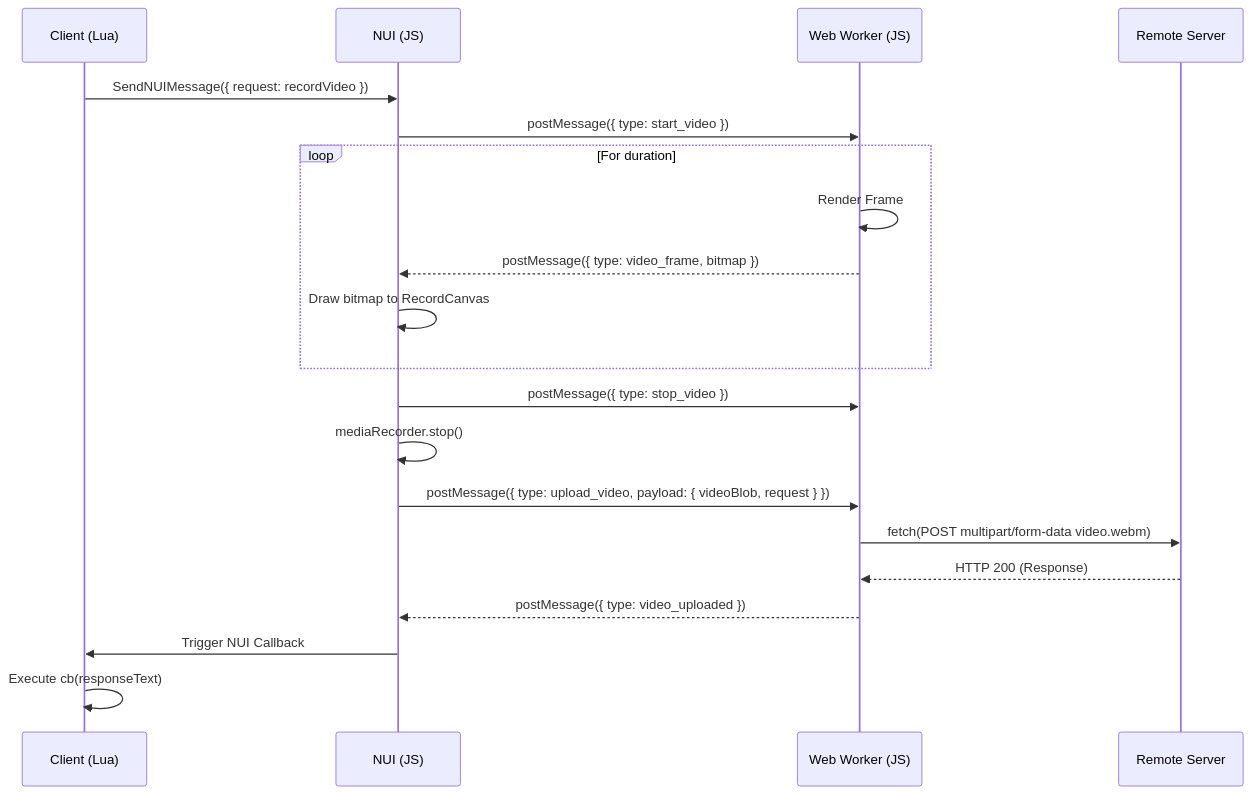
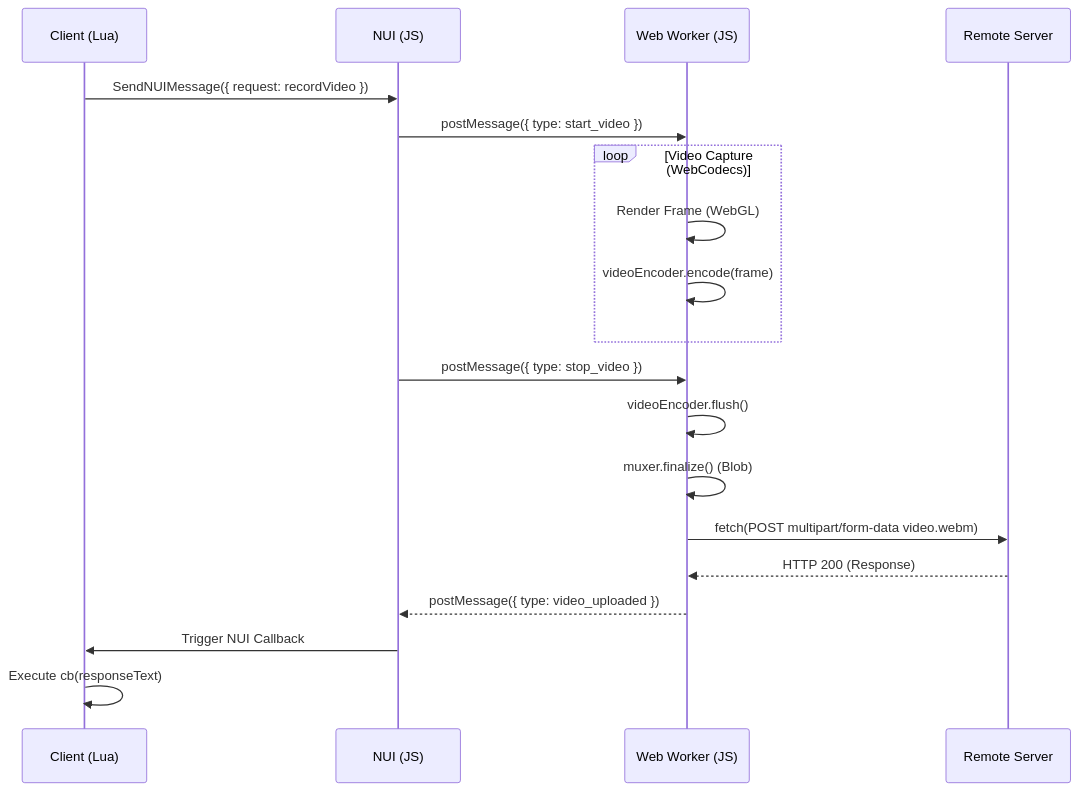
The third of 3 diagrams in README.md (betters-dev/screenshot-basic), drawn with Mermaid before and after one commit. The commit also changed other lines of this file and 1 other file, not shown here.

Commit message:
docs: update CHANGELOG and README with WebCodecs improvements

````diff
--- a/README.md
+++ b/README.md
@@ -141,23 +141,22 @@
 ```mermaid
 sequenceDiagram
     participant Lua as Client (Lua)
     participant NUI as NUI (JS)
     participant Worker as Web Worker (JS)
     participant Server as Remote Server
 
     Lua->>NUI: SendNUIMessage({ request: recordVideo })
     NUI->>Worker: postMessage({ type: start_video })
-    loop For duration
-        Worker->>Worker: Render Frame
-        Worker-->>NUI: postMessage({ type: video_frame, bitmap })
-        NUI->>NUI: Draw bitmap to RecordCanvas
+    loop Video Capture (WebCodecs)
+        Worker->>Worker: Render Frame (WebGL)
+        Worker->>Worker: videoEncoder.encode(frame)
     end
     NUI->>Worker: postMessage({ type: stop_video })
-    NUI->>NUI: mediaRecorder.stop()
-    NUI->>Worker: postMessage({ type: upload_video, payload: { videoBlob, request } })
+    Worker->>Worker: videoEncoder.flush()
+    Worker->>Worker: muxer.finalize() (Blob)
     Worker->>Server: fetch(POST multipart/form-data video.webm)
     Server-->>Worker: HTTP 200 (Response)
     Worker-->>NUI: postMessage({ type: video_uploaded })
     NUI->>Lua: Trigger NUI Callback
     Lua->>Lua: Execute cb(responseText)
 ```
````
